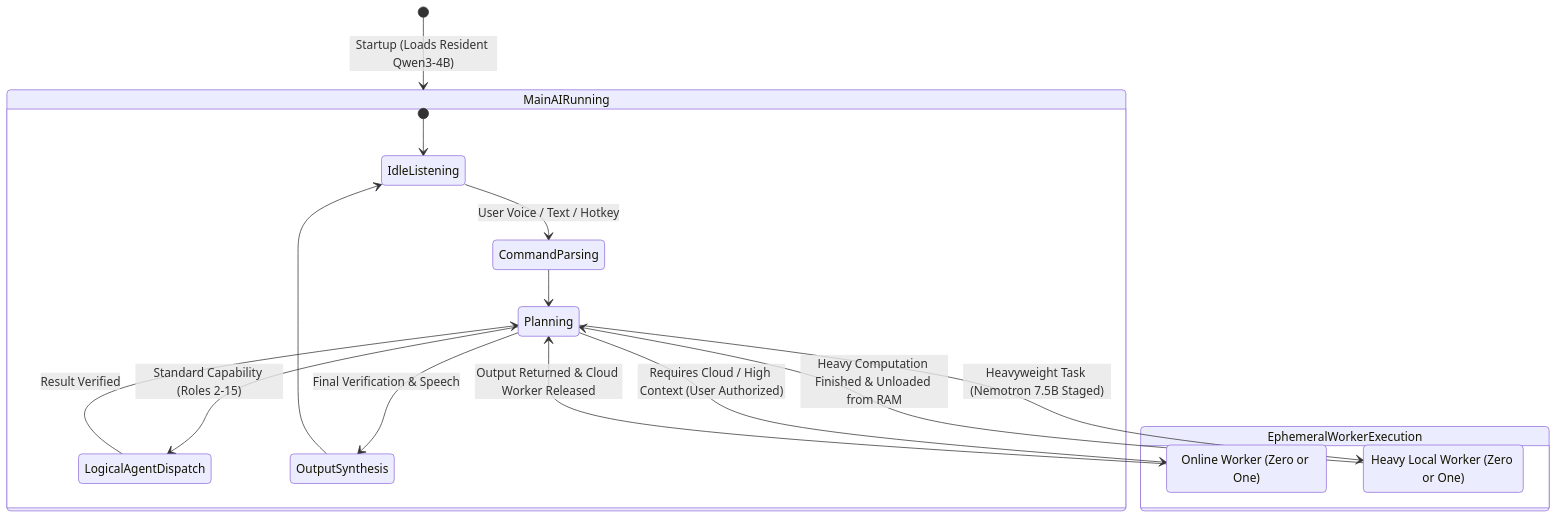
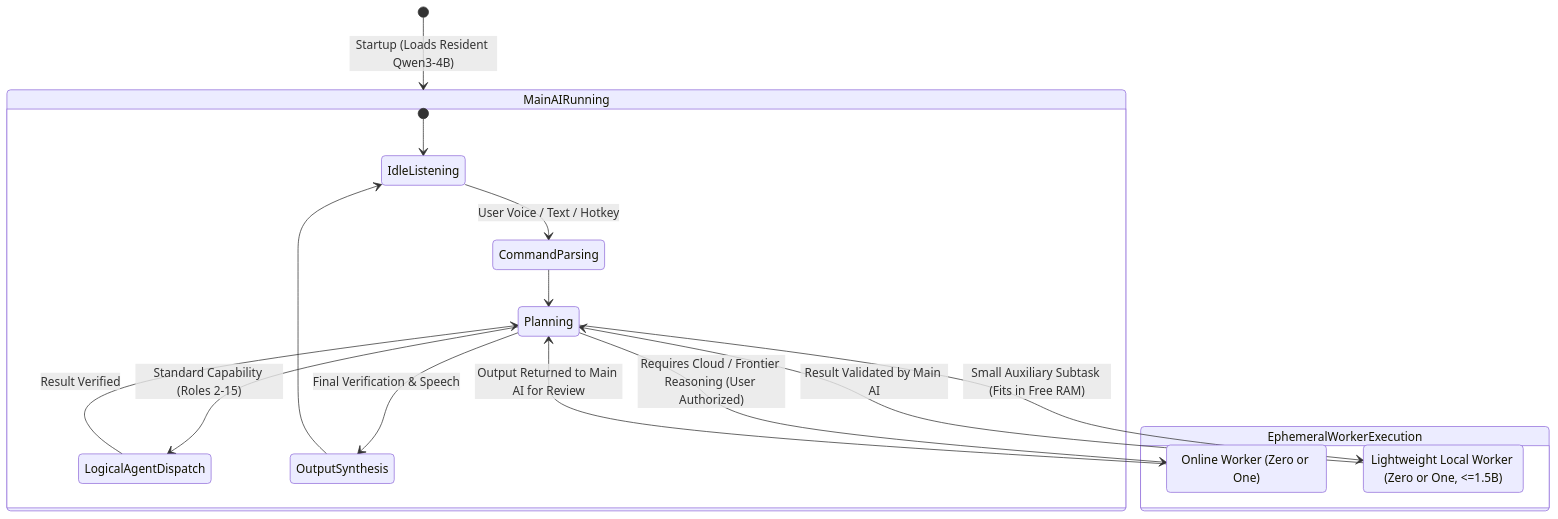
The first of 3 diagrams in AI_ORCHESTRATION_ARCHITECTURE.md (vishishthgaurlittle-byte/stitch-neural-command-audit), drawn with Mermaid before and after one commit. The commit also changed other lines of this file and 15 other files, not shown here.

````diff
--- a/AI_ORCHESTRATION_ARCHITECTURE.md
+++ b/AI_ORCHESTRATION_ARCHITECTURE.md
@@ -17,25 +17,25 @@
 ```mermaid
 stateDiagram-v2
     [*] --> MainAIRunning: Startup (Loads Resident Qwen3-4B)
     
     state MainAIRunning {
         [*] --> IdleListening
         IdleListening --> CommandParsing: User Voice / Text / Hotkey
         CommandParsing --> Planning
         Planning --> LogicalAgentDispatch: Standard Capability (Roles 2-15)
         LogicalAgentDispatch --> Planning: Result Verified
         Planning --> OutputSynthesis: Final Verification & Speech
         OutputSynthesis --> IdleListening
     }
 
     state EphemeralWorkerExecution {
         state "Online Worker (Zero or One)" as OnlineWorker
-        state "Heavy Local Worker (Zero or One)" as LocalHeavyWorker
+        state "Lightweight Local Worker (Zero or One, <=1.5B)" as LocalWorker
     }
 
-    Planning --> OnlineWorker: Requires Cloud / High Context (User Authorized)
-    OnlineWorker --> Planning: Output Returned & Cloud Worker Released
+    Planning --> OnlineWorker: Requires Cloud / Frontier Reasoning (User Authorized)
+    OnlineWorker --> Planning: Output Returned to Main AI for Review
 
-    Planning --> LocalHeavyWorker: Heavyweight Task (Nemotron 7.5B Staged)
-    LocalHeavyWorker --> Planning: Heavy Computation Finished & Unloaded from RAM
+    Planning --> LocalWorker: Small Auxiliary Subtask (Fits in Free RAM)
+    LocalWorker --> Planning: Result Validated by Main AI
 ```
````
